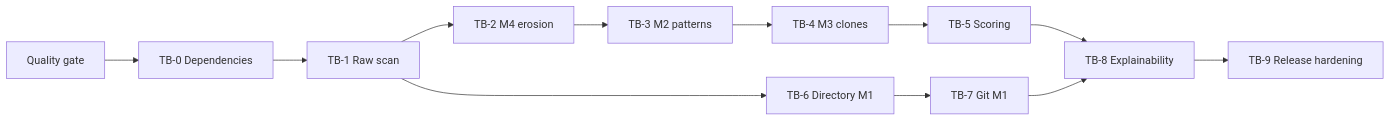
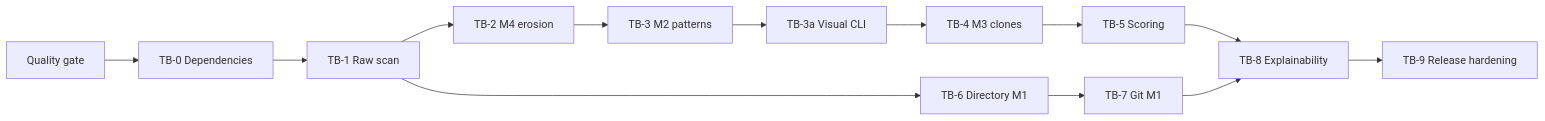
Before and after one commit to fdsprod/slopmeter: the diagram in .specs/python-slop-detector/tasks.md, drawn with Mermaid. The commit also changed other lines of this file and 3 other files, not shown here.

Commit message:
docs: revise CLI direction around visual summaries and evidence navigation

````diff
--- a/.specs/python-slop-detector/tasks.md
+++ b/.specs/python-slop-detector/tasks.md
@@ -92,14 +93,15 @@
 ```mermaid
 flowchart LR
     QG[Quality gate] --> TB0[TB-0 Dependencies]
     TB0 --> TB1[TB-1 Raw scan]
     TB1 --> TB2[TB-2 M4 erosion]
     TB2 --> TB3[TB-3 M2 patterns]
-    TB3 --> TB4[TB-4 M3 clones]
+    TB3 --> TB3a[TB-3a Visual CLI]
+    TB3a --> TB4[TB-4 M3 clones]
     TB4 --> TB5[TB-5 Scoring]
     TB1 --> TB6[TB-6 Directory M1]
     TB6 --> TB7[TB-7 Git M1]
     TB5 --> TB8[TB-8 Explainability]
     TB7 --> TB8
     TB8 --> TB9[TB-9 Release hardening]
 ```
````
